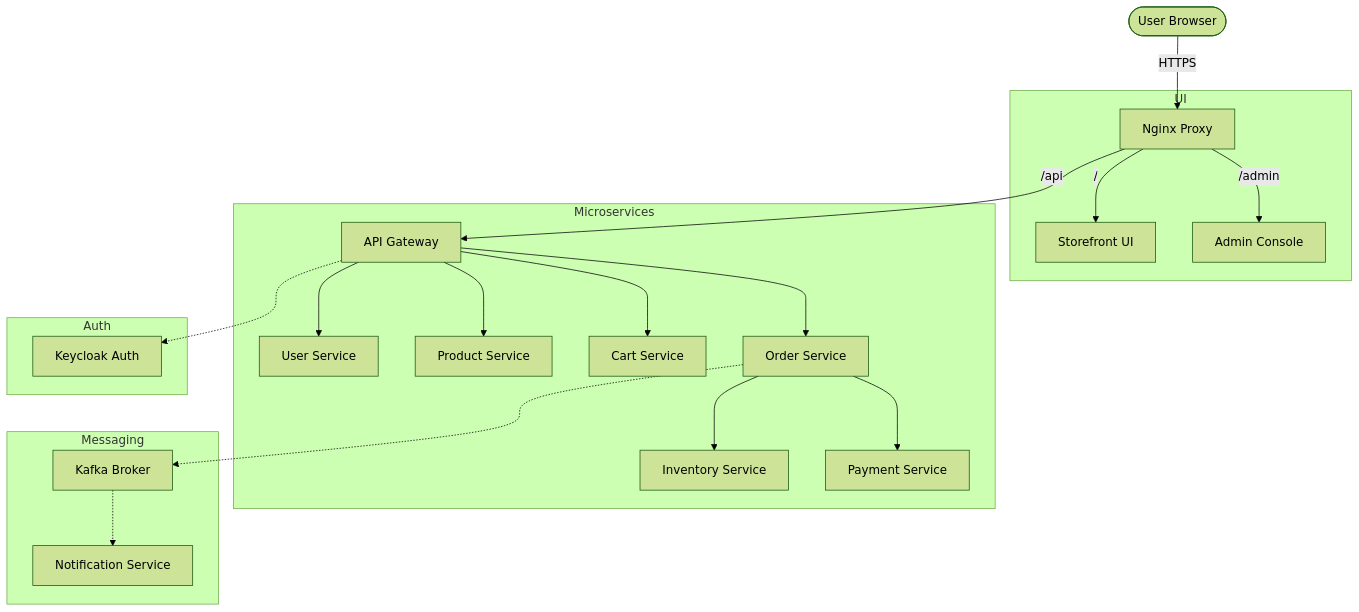
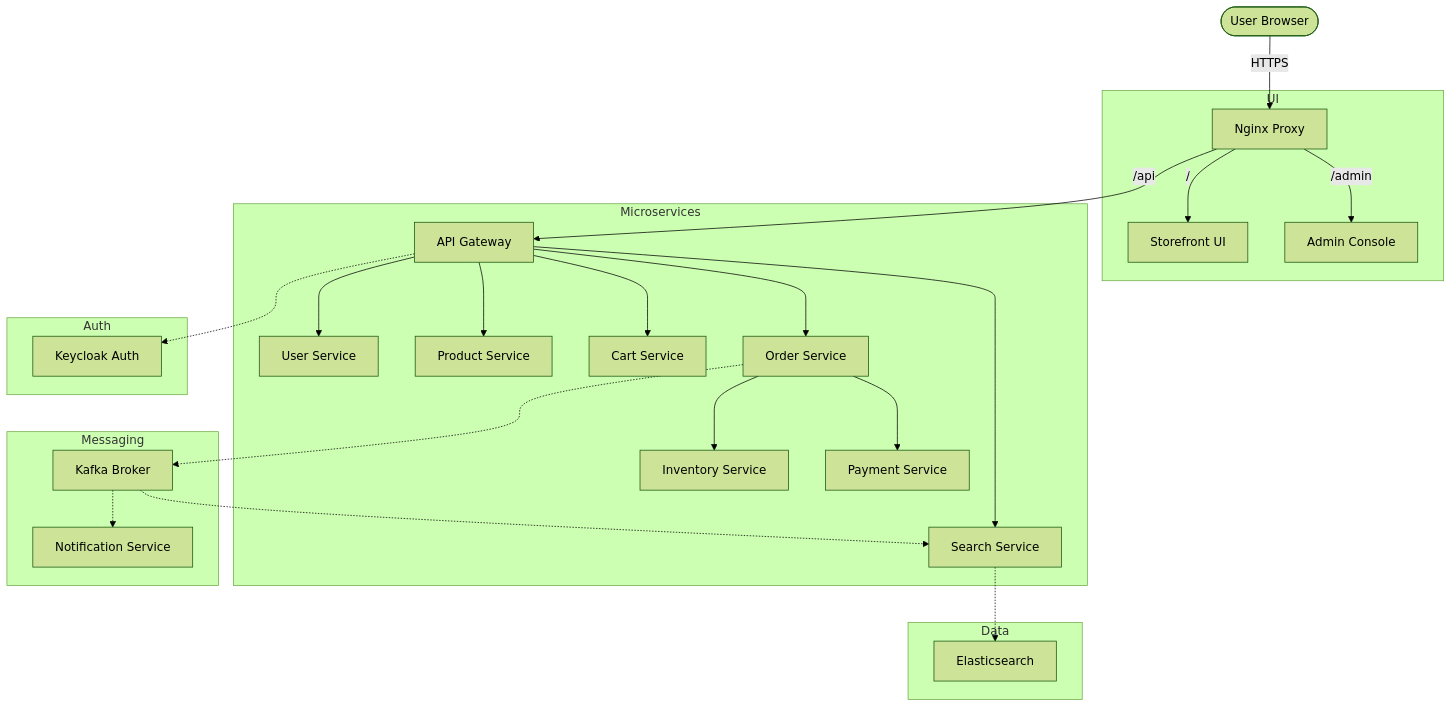
One commit to ncrkindia/gt-store changed the diagram in README.md. Above: the diagram before and after it, drawn with Mermaid (forest theme). The commit also changed other lines of this file and 1 other file, not shown here.

Commit message:
docs: add Search Service, Elasticsearch, Swagger UI, and PayPal integration details to project documentation

````diff
--- a/README.md
+++ b/README.md
@@ -31,29 +32,35 @@
 ```mermaid
 flowchart TD
     Client([User Browser]) -->|HTTPS| Nginx[Nginx Proxy]
     
     subgraph UI
         Nginx -->|/| Web[Storefront UI]
         Nginx -->|/admin| Admin[Admin Console]
     end
     
     Nginx -->|/api| Gateway[API Gateway]
     
     subgraph Microservices
         Gateway --> User[User Service]
         Gateway --> Product[Product Service]
+        Gateway --> Search[Search Service]
         Gateway --> Cart[Cart Service]
         Gateway --> Order[Order Service]
         Order --> IS[Inventory Service]
         Order --> PS[Payment Service]
     end
     
     subgraph Messaging
         Order -.-> Kafka[Kafka Broker]
         Kafka -.-> NS[Notification Service]
+        Kafka -.-> Search
+    end
+    
+    subgraph Data
+        Search -.-> ES[Elasticsearch]
     end
     
     subgraph Auth
         Gateway -.-> KC[Keycloak Auth]
     end
 ```
````
